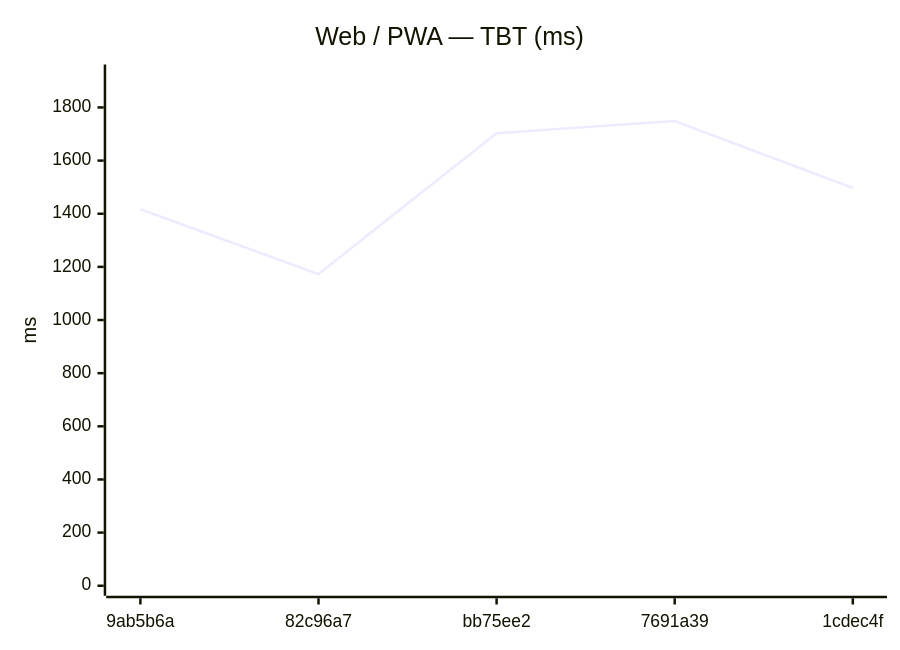
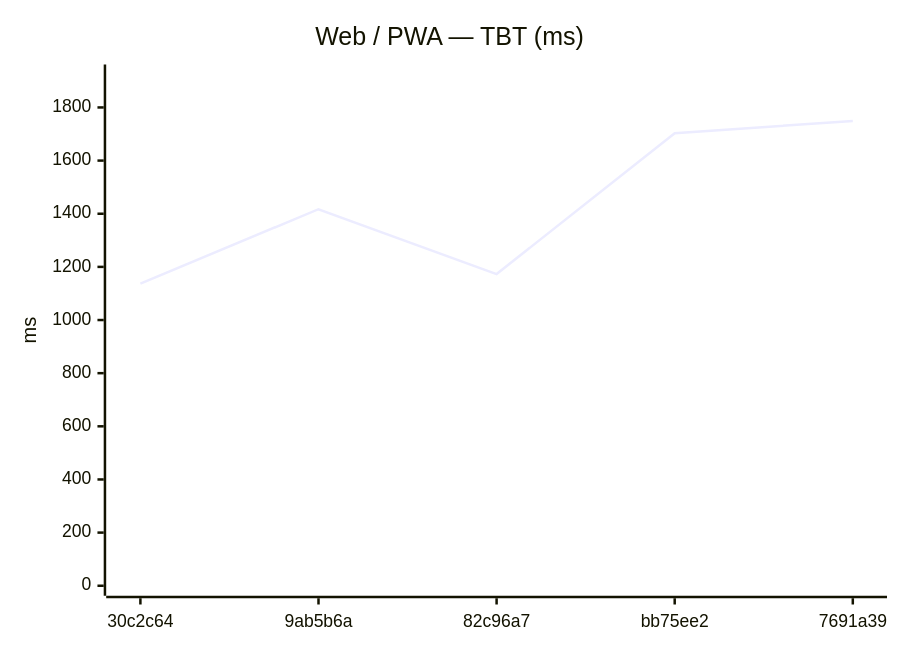
Before and after one commit to Metaheurist/Rianell: the eighth of 18 diagrams in benchmarks/compare.md, drawn with Mermaid. The commit also changed other lines of this file and 11 other files, not shown here.

````diff
--- a/benchmarks/compare.md
+++ b/benchmarks/compare.md
@@ -124,7 +124,7 @@
 ```mermaid
 xychart-beta
     title "Web / PWA — TBT (ms)"
-    x-axis ["9ab5b6a", "82c96a7", "bb75ee2", "7691a39", "1cdec4f"]
+    x-axis ["30c2c64", "9ab5b6a", "82c96a7", "bb75ee2", "7691a39"]
     y-axis "ms" 0 --> 1924
-    line [1417, 1173, 1703, 1749, 1497]
+    line [1137, 1417, 1173, 1703, 1749]
 ```
````
